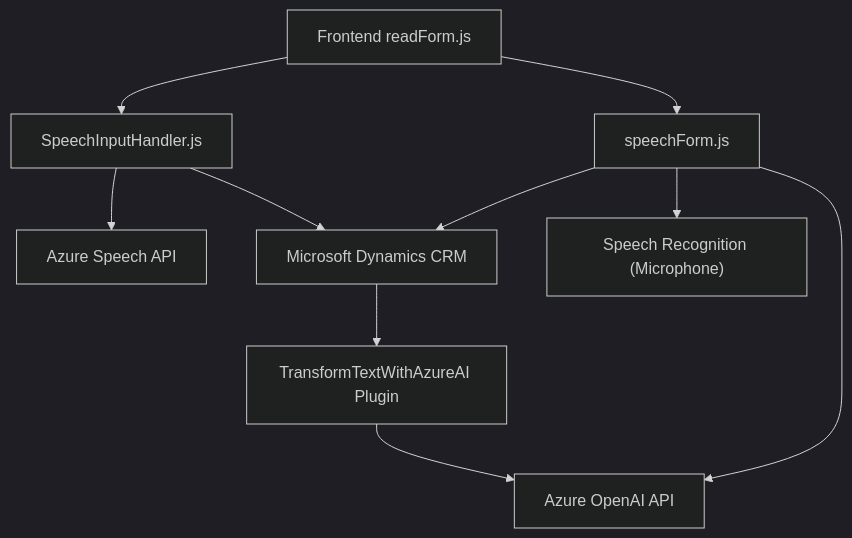
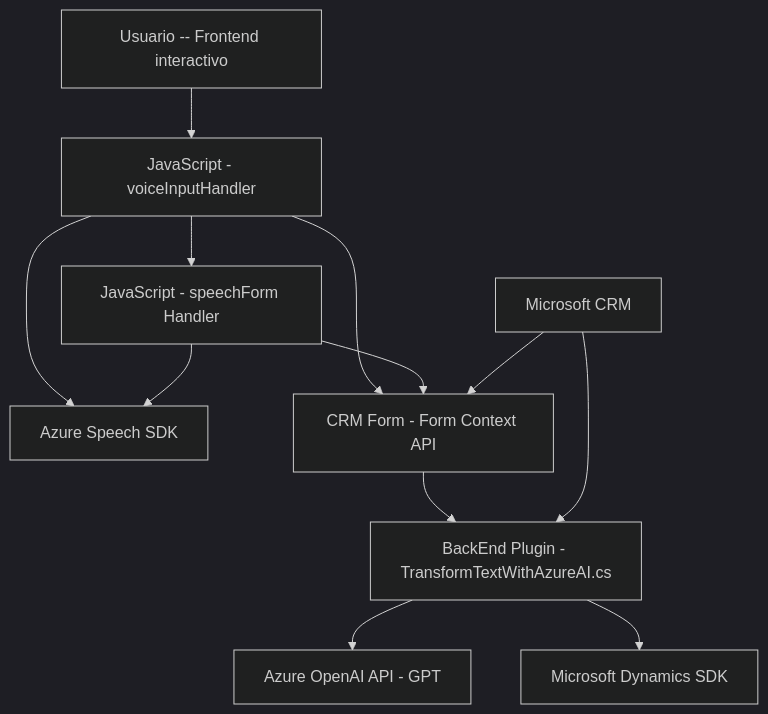
The diagram in README.md (blopezdm/NETCORE_BILBAO2025), drawn with Mermaid (dark theme) before and after one commit. The commit also changed other lines of this file, not shown here.

````diff
--- a/README.md
+++ b/README.md
@@ -42,14 +57,24 @@
 ```mermaid
 graph TD
-    A["Frontend readForm.js"] --> B["SpeechInputHandler.js"]
-    B --> C["Azure Speech API"]
-    B --> D["Microsoft Dynamics CRM"]
+    A["Usuario -- Frontend interactivo"]
+    B["JavaScript - voiceInputHandler"]
+    C["JavaScript - speechForm Handler"]
+    D["Azure Speech SDK"]
+    E["CRM Form - Form Context API"]
+    F["BackEnd Plugin - TransformTextWithAzureAI.cs"]
+    G["Azure OpenAI API - GPT"]
+    H["Microsoft Dynamics SDK"]
+    I["Microsoft CRM"]
     
-    D --> E["TransformTextWithAzureAI Plugin"]
-    E --> F["Azure OpenAI API"]
-    
-    A --> G["speechForm.js"]
-    G --> H["Speech Recognition (Microphone)"]
-    G --> D
-    G --> F
+    A --> B
+    B --> D
+    B --> E
+    B --> C
+    C --> D
+    C --> E
+    E --> F
+    F --> G
+    F --> H
+    I --> E
+    I --> F
 ```
````
